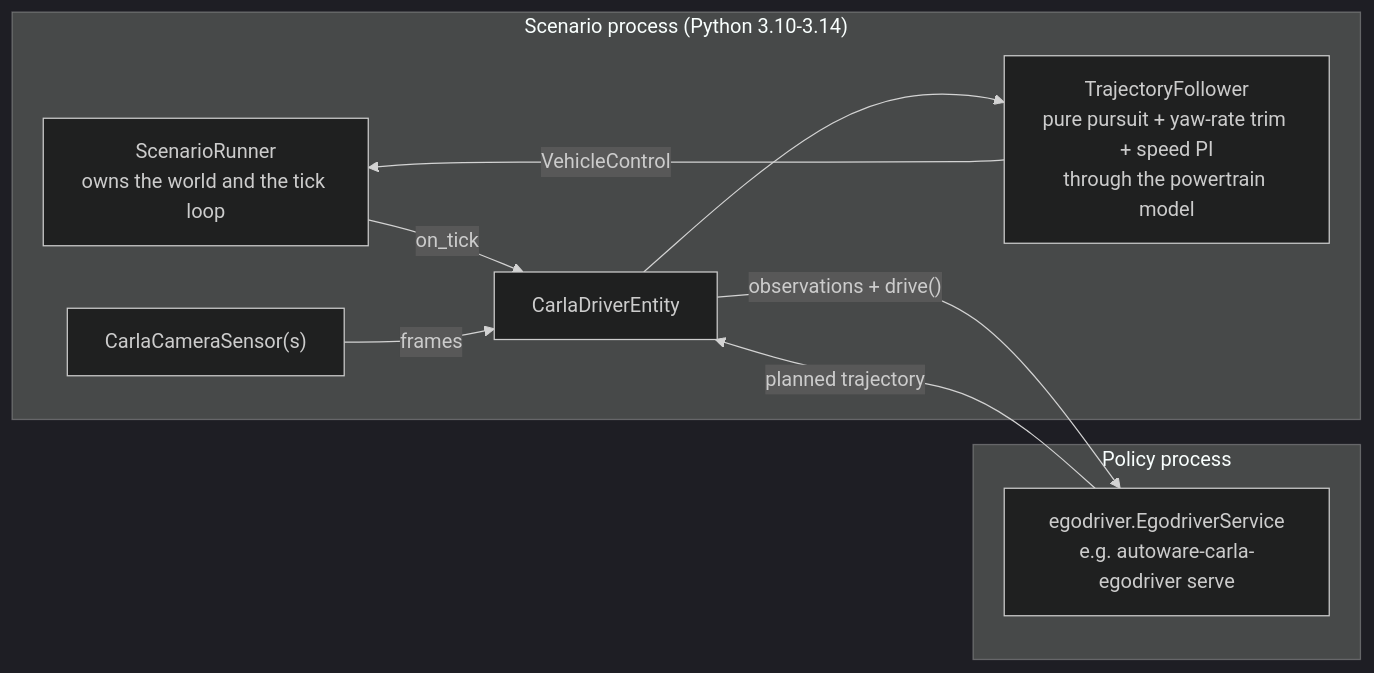
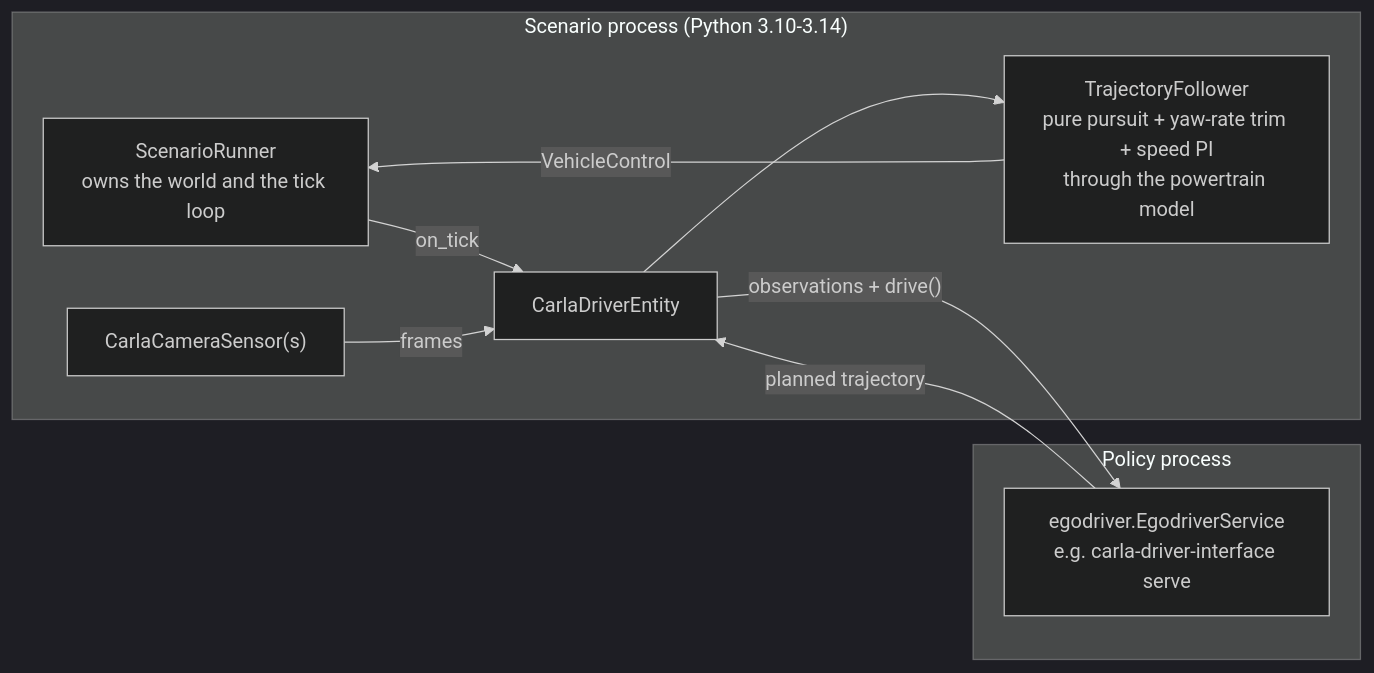
One commit to autowarefoundation/autoware_carla_scenario changed the diagram in autoware_carla_scenario/docs/driver_interface.md. Above: the diagram before and after it, drawn with Mermaid (dark theme). The commit also changed other lines of this file and 63 other files, not shown here.

````diff
--- a/autoware_carla_scenario/docs/driver_interface.md
+++ b/autoware_carla_scenario/docs/driver_interface.md
@@ -20,20 +21,20 @@
 ```mermaid
 flowchart LR
     subgraph scenario["Scenario process (Python 3.10-3.14)"]
         SR["ScenarioRunner<br/>owns the world and the tick loop"]
         CDE["CarlaDriverEntity"]
         CAM["CarlaCameraSensor(s)"]
         TF["TrajectoryFollower<br/>pure pursuit + yaw-rate trim + speed PI<br/>through the powertrain model"]
         SR -->|on_tick| CDE
         CAM -->|frames| CDE
         CDE --> TF
         TF -->|VehicleControl| SR
     end
 
     subgraph policy["Policy process"]
-        P["egodriver.EgodriverService<br/>e.g. autoware-carla-egodriver serve"]
+        P["egodriver.EgodriverService<br/>e.g. carla-driver-interface serve"]
     end
 
     CDE -->|"observations + drive()"| P
     P -->|"planned trajectory"| CDE
 ```
````
